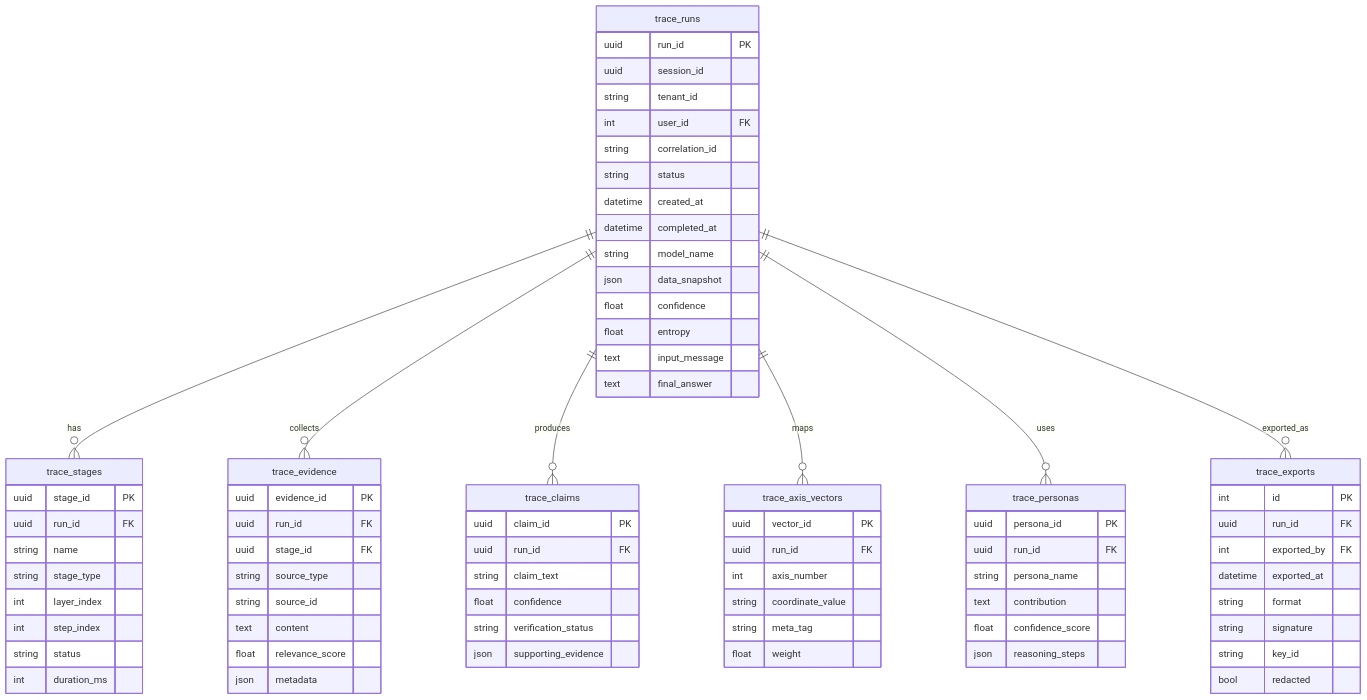
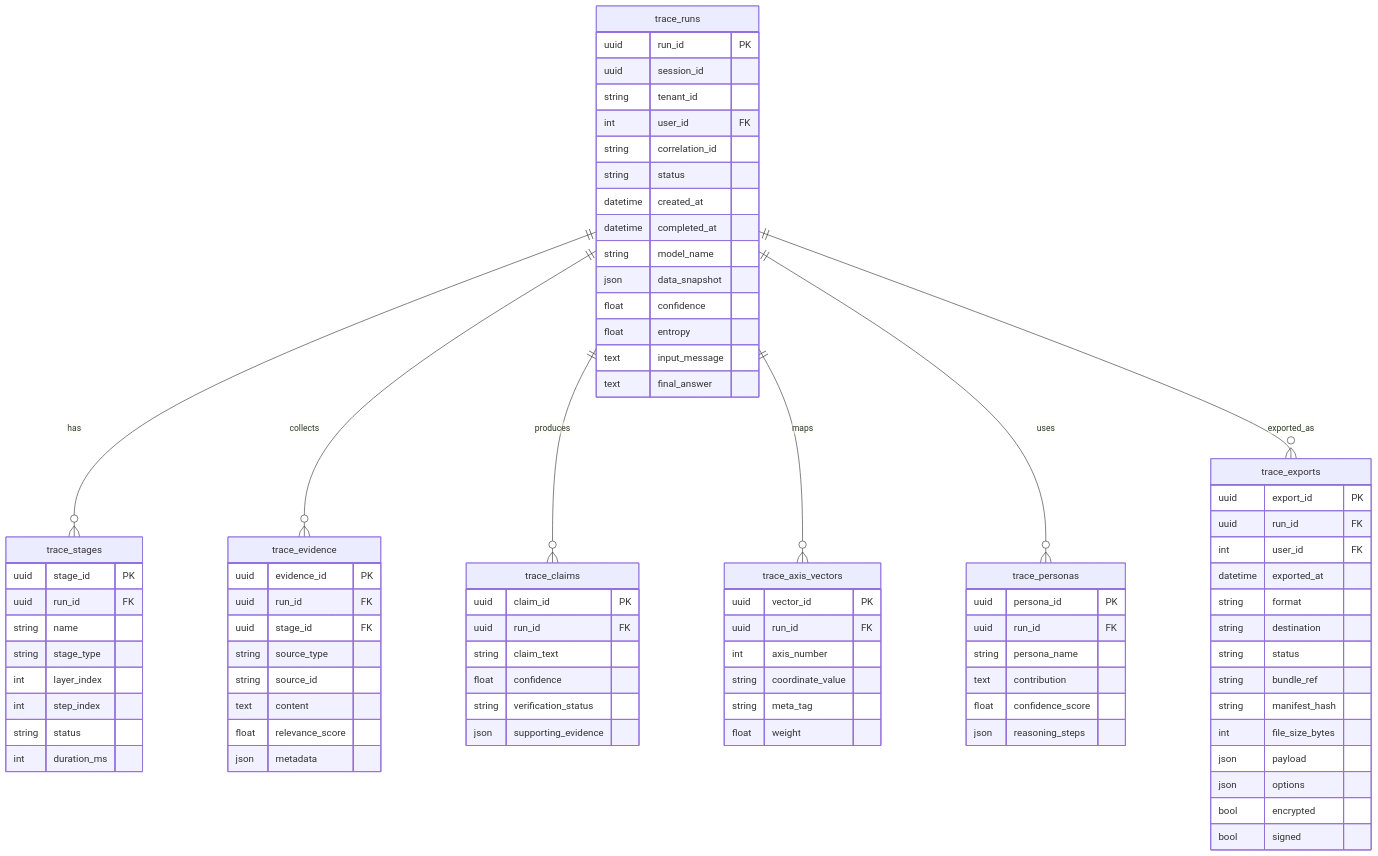
Before and after one commit to kherrera6219/DataLogicEngine: the third of 5 diagrams in docs/DATABASE_SCHEMA.md, drawn with Mermaid. The commit also changed 9 other files, not shown here.

```diff
--- a/docs/DATABASE_SCHEMA.md
+++ b/docs/DATABASE_SCHEMA.md
@@ -270,14 +270,20 @@
     }
 
     trace_exports {
-        int id PK
+        uuid export_id PK
         uuid run_id FK
-        int exported_by FK
+        int user_id FK
         datetime exported_at
         string format
-        string signature
-        string key_id
-        bool redacted
+        string destination
+        string status
+        string bundle_ref
+        string manifest_hash
+        int file_size_bytes
+        json payload
+        json options
+        bool encrypted
+        bool signed
     }
 
     trace_runs ||--o{ trace_stages : has
```
